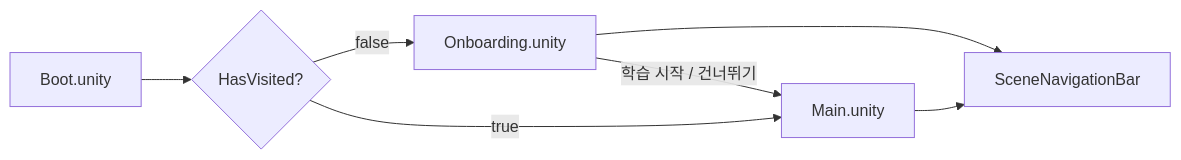
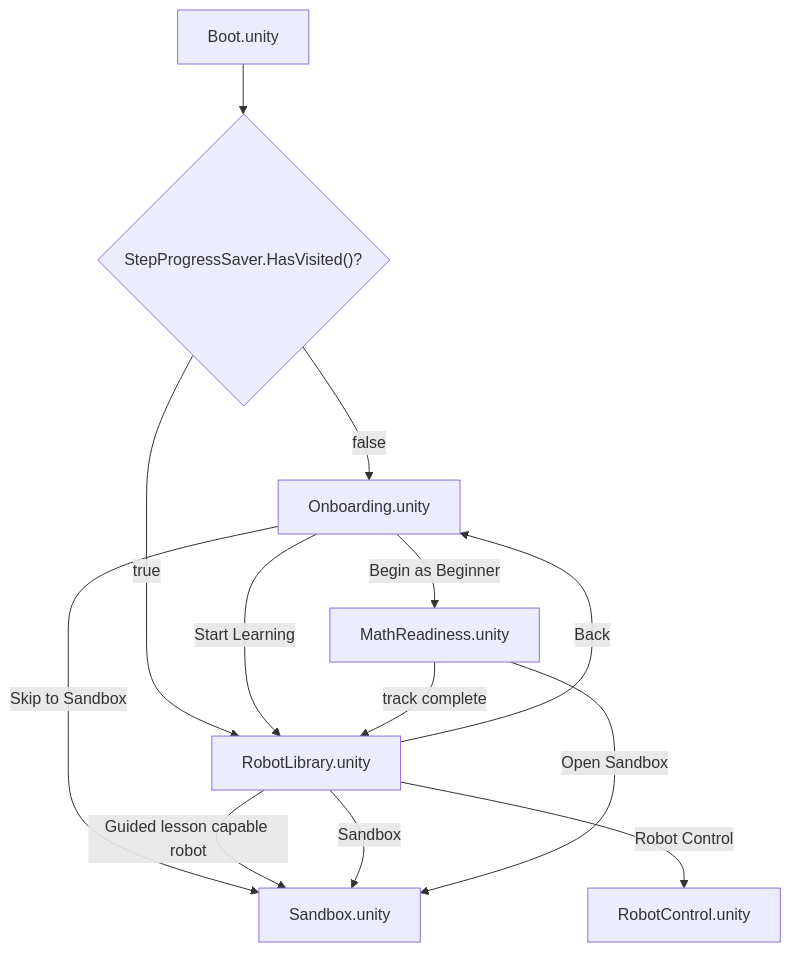
The first of 8 diagrams in docs/ref/architecture-diagrams.md (kimjuyoung1127/robotapp), drawn with Mermaid before and after one commit. The commit also changed other lines of this file and 25 other files, not shown here.

````diff
--- a/docs/ref/architecture-diagrams.md
+++ b/docs/ref/architecture-diagrams.md
@@ -14,9 +14,18 @@
 ```mermaid
-flowchart LR
-  A["Boot.unity"] --> B{"HasVisited?"}
+flowchart TD
+  A["Boot.unity"] --> B{"StepProgressSaver.HasVisited()?"}
   B -->|"false"| C["Onboarding.unity"]
-  B -->|"true"| D["Main.unity"]
-  C --> E["SceneNavigationBar"]
-  D --> E
-  C -->|"학습 시작 / 건너뛰기"| D
+  B -->|"true"| D["RobotLibrary.unity"]
+
+  C -->|"Start Learning"| D
+  C -->|"Begin as Beginner"| E["MathReadiness.unity"]
+  C -->|"Skip to Sandbox"| F["Sandbox.unity"]
+
+  D -->|"Guided lesson capable robot"| F
+  D -->|"Sandbox"| F
+  D -->|"Robot Control"| G["RobotControl.unity"]
+  D -->|"Back"| C
+
+  E -->|"track complete"| D
+  E -->|"Open Sandbox"| F
 ```
````
